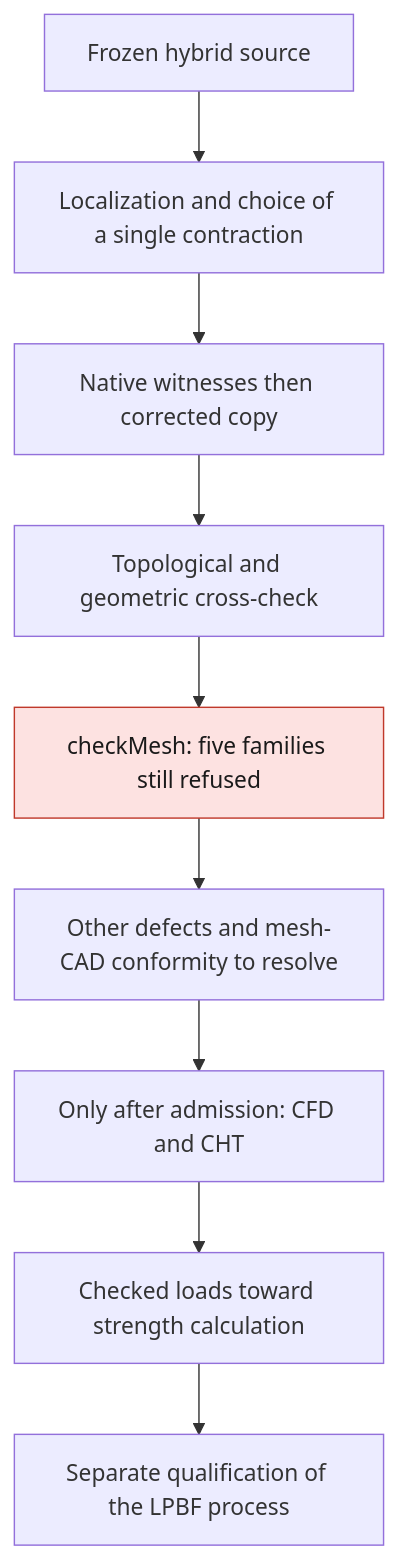
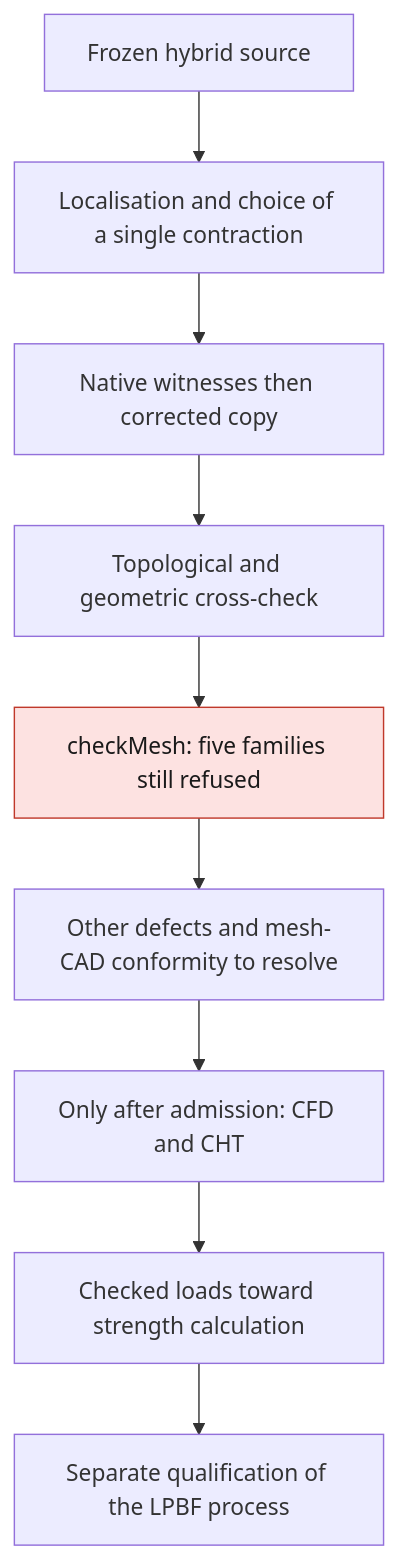
Before and after one commit to cluster2600/porscheparts: the diagram in docs/reports/M64_SHORT_EDGE_CORRECTION_20260909.md, drawn with Mermaid. The commit also changed other lines of this file and 480 other files, not shown here.

````diff
--- a/docs/reports/M64_SHORT_EDGE_CORRECTION_20260909.md
+++ b/docs/reports/M64_SHORT_EDGE_CORRECTION_20260909.md
@@ -127,13 +127,13 @@
 ```mermaid
 flowchart TD
-    A["Frozen hybrid source"] --> B["Localization and choice of a single contraction"]
+    A["Frozen hybrid source"] --> B["Localisation and choice of a single contraction"]
     B --> C["Native witnesses then corrected copy"]
     C --> D["Topological and geometric cross-check"]
     D --> E["checkMesh: five families still refused"]
     E --> F["Other defects and mesh-CAD conformity to resolve"]
     F --> G["Only after admission: CFD and CHT"]
     G --> H["Checked loads toward strength calculation"]
     H --> I["Separate qualification of the LPBF process"]
     classDef stop fill:#fde2e1,stroke:#c0392b,color:#1a1a1a;
     class E stop;
 ```
````
